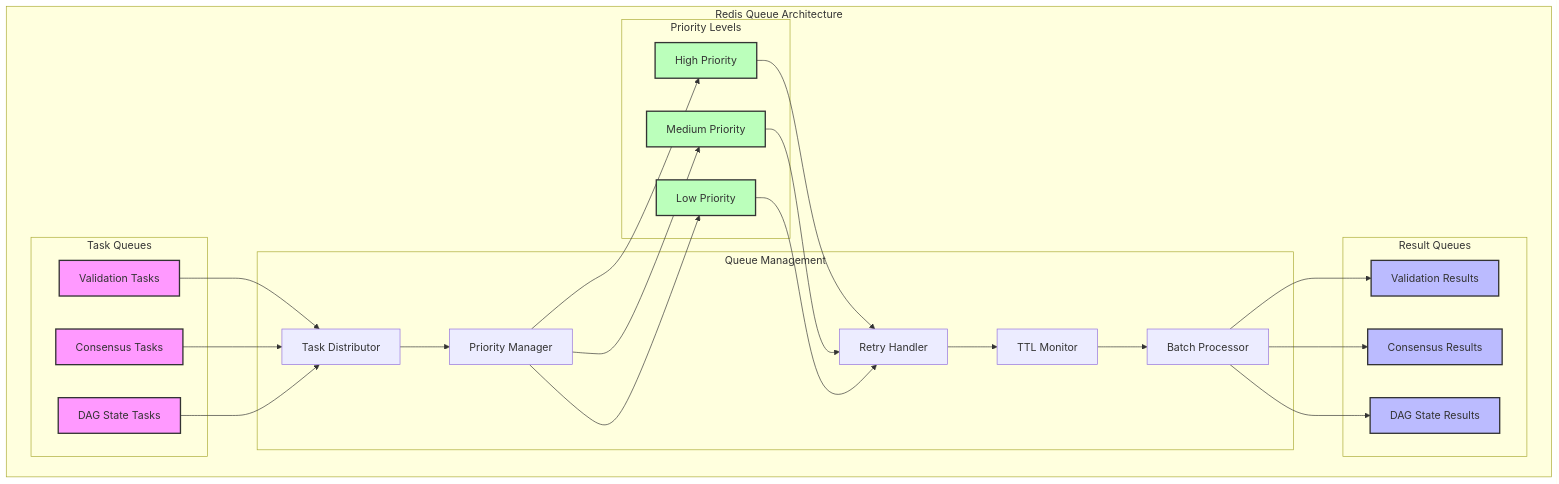
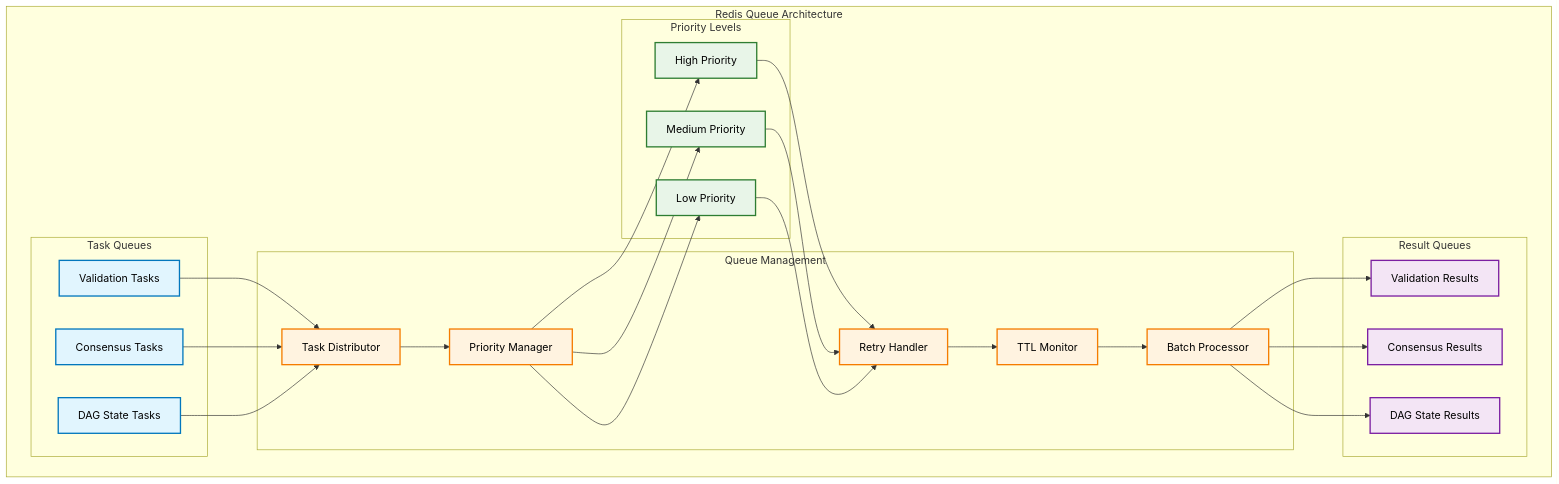
Before and after one commit to Final-Project-13520137/avalanche-parallel: the first of 3 diagrams in README.md, drawn with Mermaid.

Commit message:
fix redis queue state diagram in readme

````diff
--- a/README.md
+++ b/README.md
@@ -1133,54 +1133,56 @@
 ```mermaid
 graph TB
     subgraph RQ["Redis Queue Architecture"]
         subgraph Tasks["Task Queues"]
             VT["Validation Tasks"]
             CT["Consensus Tasks"]
             DST["DAG State Tasks"]
         end
         
         subgraph Results["Result Queues"]
             VR["Validation Results"]
             CR["Consensus Results"]
             DSR["DAG State Results"]
         end
         
         subgraph Management["Queue Management"]
             TD["Task Distributor"]
             PQ["Priority Manager"]
             RM["Retry Handler"]
             TM["TTL Monitor"]
             BP["Batch Processor"]
         end
         
         subgraph Priorities["Priority Levels"]
             H["High Priority"]
             M["Medium Priority"]
             L["Low Priority"]
         end
     end
     
     VT --> TD
     CT --> TD
     DST --> TD
     TD --> PQ
     PQ --> H
     PQ --> M
     PQ --> L
     H --> RM
     M --> RM
     L --> RM
     RM --> TM
     TM --> BP
     BP --> VR
     BP --> CR
     BP --> DSR
     
-    classDef primary fill:#f9f,stroke:#333,stroke-width:2px
-    classDef secondary fill:#bbf,stroke:#333,stroke-width:2px
-    classDef tertiary fill:#bfb,stroke:#333,stroke-width:2px
+    classDef primary fill:#e1f5fe,stroke:#0277bd,stroke-width:2px,color:#000
+    classDef secondary fill:#f3e5f5,stroke:#7b1fa2,stroke-width:2px,color:#000
+    classDef tertiary fill:#e8f5e8,stroke:#2e7d32,stroke-width:2px,color:#000
+    classDef management fill:#fff3e0,stroke:#f57c00,stroke-width:2px,color:#000
     
     class VT,CT,DST primary
     class VR,CR,DSR secondary
     class H,M,L tertiary
+    class TD,PQ,RM,TM,BP management
 ```
````
